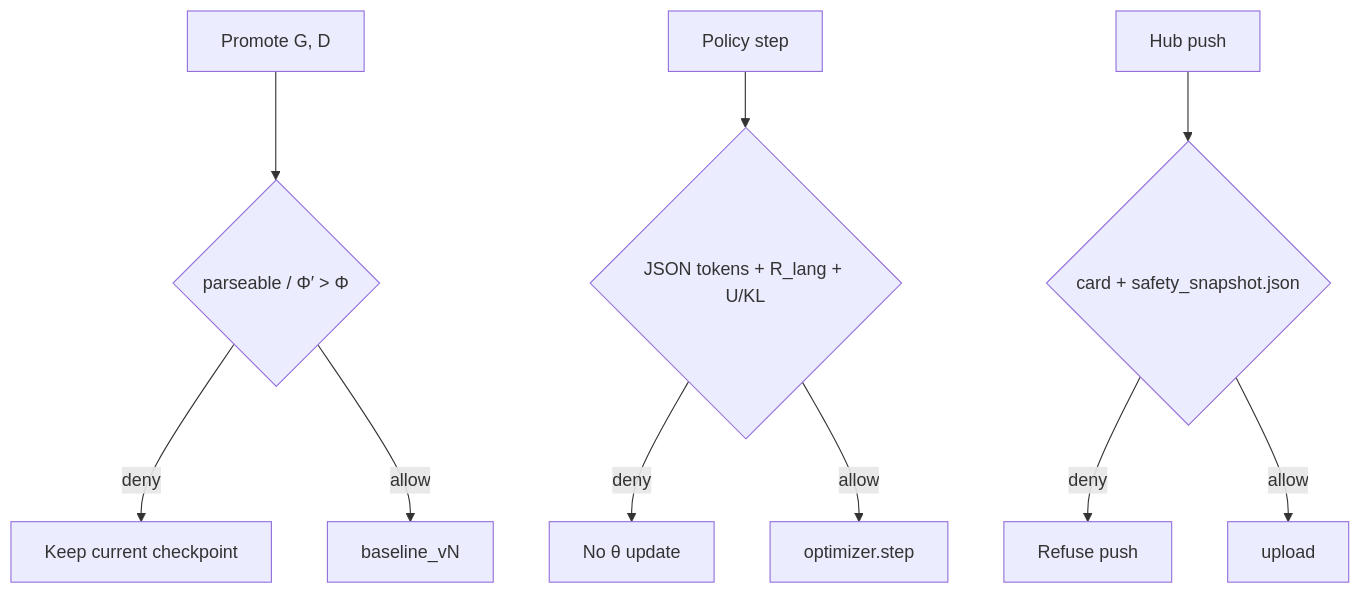
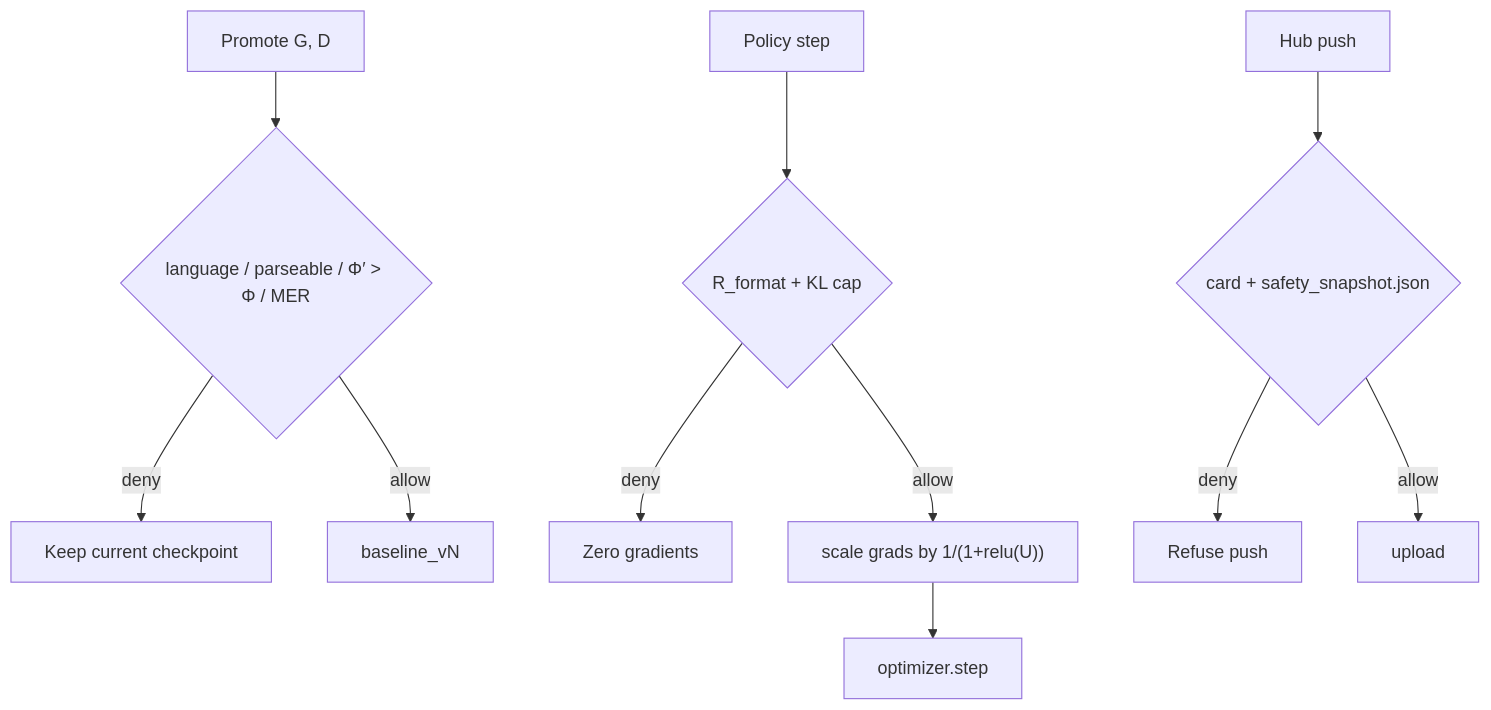
Before and after one commit to RobotsMali-AI/sebeni: the diagram in docs/safety.md, drawn with Mermaid. The commit also changed other lines of this file, not shown here.

Commit message:
docs(safety): correct policy gate flow and promotion gates

````diff
--- a/docs/safety.md
+++ b/docs/safety.md
@@ -7,12 +7,13 @@
 ```mermaid
 flowchart TD
-  Promote["Promote G, D"] --> G1{"parseable / Φ′ > Φ"}
+  Promote["Promote G, D"] --> G1{"language / parseable / Φ′ > Φ / MER"}
   G1 -->|deny| Stop1["Keep current checkpoint"]
   G1 -->|allow| Write["baseline_vN"]
-  Policy["Policy step"] --> G2{"JSON tokens + R_lang + U/KL"}
-  G2 -->|deny| Stop2["No θ update"]
-  G2 -->|allow| Step["optimizer.step"]
+  Policy["Policy step"] --> G2{"R_format + KL cap"}
+  G2 -->|deny| Stop2["Zero gradients"]
+  G2 -->|allow| Scale["scale grads by 1/(1+relu(U))"]
+  Scale --> Step["optimizer.step"]
   Hub["Hub push"] --> G3{"card + safety_snapshot.json"}
   G3 -->|deny| Stop3["Refuse push"]
   G3 -->|allow| Push["upload"]
 ```
````
